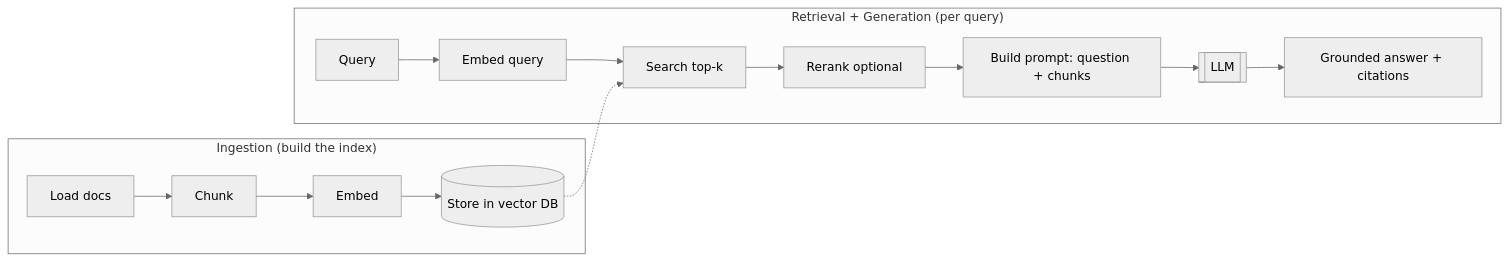
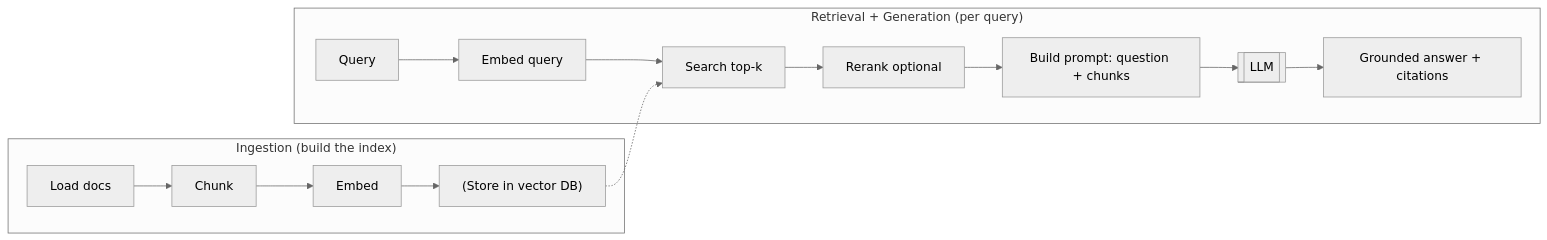
One commit to pankajThakur1874/studysheet changed the third of 5 diagrams in files/Agentic-AI/06-rag-retrieval-augmented-generation.md. Above: the diagram before and after it, drawn with Mermaid (neutral theme). The commit also changed other lines of this file and 102 other files, not shown here.

Commit message:
Auto-fix Mermaid diagram syntax across all study guides to prevent Syntax Error in Mermaid v10

````diff
--- a/files/Agentic-AI/06-rag-retrieval-augmented-generation.md
+++ b/files/Agentic-AI/06-rag-retrieval-augmented-generation.md
@@ -54,13 +54,13 @@
 ```mermaid
 flowchart LR
     subgraph Offline["Ingestion (build the index)"]
-      L[Load docs] --> S[Chunk] --> E[Embed] --> St[(Store in vector DB)]
+      L[Load docs] --> S[Chunk] --> E[Embed] --> St["(Store in vector DB)"]
     end
     subgraph Online["Retrieval + Generation (per query)"]
       Q[Query] --> EQ[Embed query] --> Se[Search top-k]
       Se --> Re[Rerank optional]
-      Re --> Pr[Build prompt: question + chunks]
-      Pr --> Gen[[LLM]] --> Out[Grounded answer + citations]
+      Re --> Pr["Build prompt: question + chunks"]
+      Pr --> Gen[[LLM]] --> Out["Grounded answer + citations"]
     end
     St -.-> Se
 ```
````
